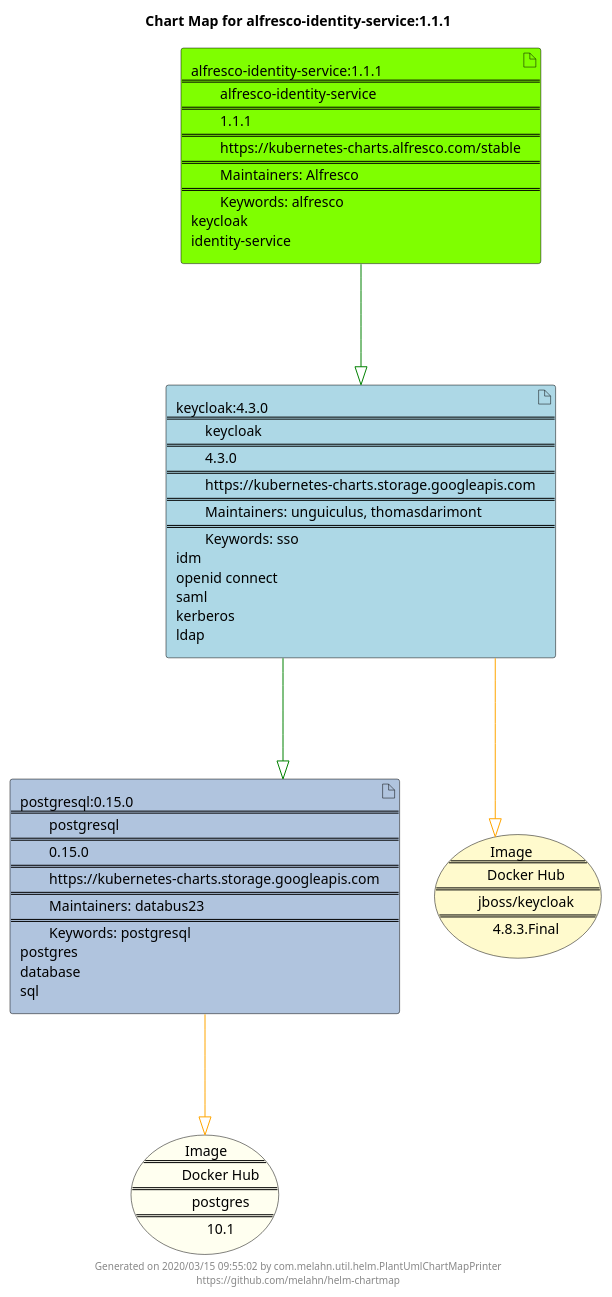
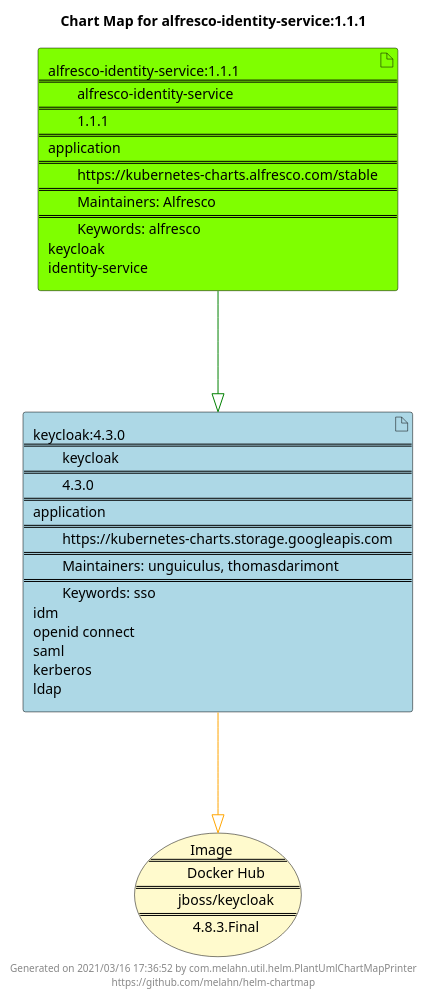
One commit to melahn/helm-chartmap changed the diagram in docs/alfresco-identity-service/alfresco-identity-service-1.1.1.puml. Above: the diagram before and after it, drawn with PlantUML. The commit also changed 30 other files, not shown here.

Commit message:
Update example chartmaps using 3.0 snapshot

```diff
--- a/docs/alfresco-identity-service/alfresco-identity-service-1.1.1.puml
+++ b/docs/alfresco-identity-service/alfresco-identity-service-1.1.1.puml
@@ -1,27 +1,23 @@
 @startuml
 skinparam linetype ortho
 skinparam backgroundColor white
 skinparam usecaseBorderColor black
 skinparam usecaseArrowColor LightSlateGray
 skinparam artifactBorderColor black
 skinparam artifactArrowColor LightSlateGray
 
 title Chart Map for alfresco-identity-service:1.1.1
 
-'There are 3 referenced Helm Charts
-artifact "postgresql:0.15.0\n====\n\tpostgresql\n====\n\t0.15.0\n====\n\thttps://kubernetes-charts.storage.googleapis.com\n====\n\tMaintainers: databus23\n====\n\tKeywords: postgresql\npostgres\ndatabase\nsql" as postgresql_0_15_0 #LightSteelBlue
-artifact "alfresco-identity-service:1.1.1\n====\n\talfresco-identity-service\n====\n\t1.1.1\n====\n\thttps://kubernetes-charts.alfresco.com/stable\n====\n\tMaintainers: Alfresco\n====\n\tKeywords: alfresco\nkeycloak\nidentity-service" as alfresco_identity_service_1_1_1 #Chartreuse
-artifact "keycloak:4.3.0\n====\n\tkeycloak\n====\n\t4.3.0\n====\n\thttps://kubernetes-charts.storage.googleapis.com\n====\n\tMaintainers: unguiculus, thomasdarimont\n====\n\tKeywords: sso\nidm\nopenid connect\nsaml\nkerberos\nldap" as keycloak_4_3_0 #LightBlue
+'There are 2 referenced Helm Charts
+artifact "alfresco-identity-service:1.1.1\n====\n\talfresco-identity-service\n====\n\t1.1.1\n====\napplication\n====\n\thttps://kubernetes-charts.alfresco.com/stable\n====\n\tMaintainers: Alfresco\n====\n\tKeywords: alfresco\nkeycloak\nidentity-service" as alfresco_identity_service_1_1_1 #Chartreuse
+artifact "keycloak:4.3.0\n====\n\tkeycloak\n====\n\t4.3.0\n====\napplication\n====\n\thttps://kubernetes-charts.storage.googleapis.com\n====\n\tMaintainers: unguiculus, thomasdarimont\n====\n\tKeywords: sso\nidm\nopenid connect\nsaml\nkerberos\nldap" as keycloak_4_3_0 #LightBlue
 
-'There are 2 referenced Docker Images
-usecase "Image\n====\n\tDocker Hub\n====\n\tpostgres\n====\n\t10.1" as postgres_10_1 #Ivory
+'There is one referenced Docker Image
 usecase "Image\n====\n\tDocker Hub\n====\n\tjboss/keycloak\n====\n\t4.8.3.Final" as jboss_keycloak_4_8_3_Final #LemonChiffon
 
 'Chart Dependencies
 alfresco_identity_service_1_1_1--[#green]-|>keycloak_4_3_0
-keycloak_4_3_0--[#green]-|>postgresql_0_15_0
-postgresql_0_15_0--[#orange]-|>postgres_10_1
 keycloak_4_3_0--[#orange]-|>jboss_keycloak_4_8_3_Final
 
-center footer Generated on 2020/03/15 09:55:02 by com.melahn.util.helm.PlantUmlChartMapPrinter\nhttps://github.com/melahn/helm-chartmap
+center footer Generated on 2021/03/16 17:36:52 by com.melahn.util.helm.PlantUmlChartMapPrinter\nhttps://github.com/melahn/helm-chartmap
 @enduml
```
